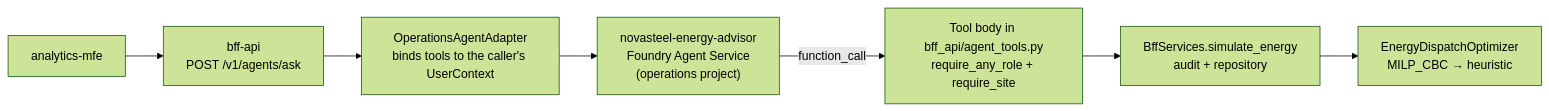
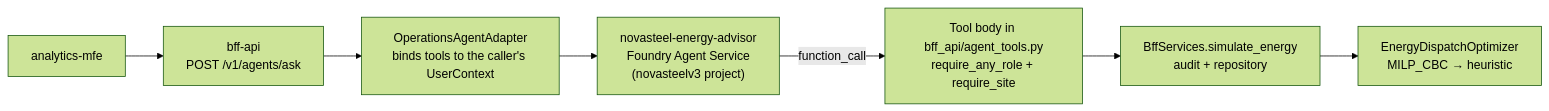
Before and after one commit to frkim/NovaSteel3: the third of 3 diagrams in docs/architecture/0_energy_dispatch/MILP_PuLP_CBC.md, drawn with Mermaid (forest theme). The commit also changed other lines of this file and 22 other files, not shown here.

````diff
--- a/docs/architecture/0_energy_dispatch/MILP_PuLP_CBC.md
+++ b/docs/architecture/0_energy_dispatch/MILP_PuLP_CBC.md
@@ -187,9 +187,9 @@
 ```mermaid
 flowchart LR
   MFE["analytics-mfe"] --> BFF["bff-api<br/>POST /v1/agents/ask"]
   BFF --> AD["OperationsAgentAdapter<br/>binds tools to the caller's UserContext"]
-  AD --> EA["novasteel-energy-advisor<br/>Foundry Agent Service<br/>(operations project)"]
+  AD --> EA["novasteel-energy-advisor<br/>Foundry Agent Service<br/>(novasteelv3 project)"]
   EA -->|"function_call"| TB["Tool body in bff_api/agent_tools.py<br/>require_any_role + require_site"]
   TB --> BS["BffServices.simulate_energy<br/>audit + repository"]
   BS --> OPT["EnergyDispatchOptimizer<br/>MILP_CBC → heuristic"]
 ```
````
